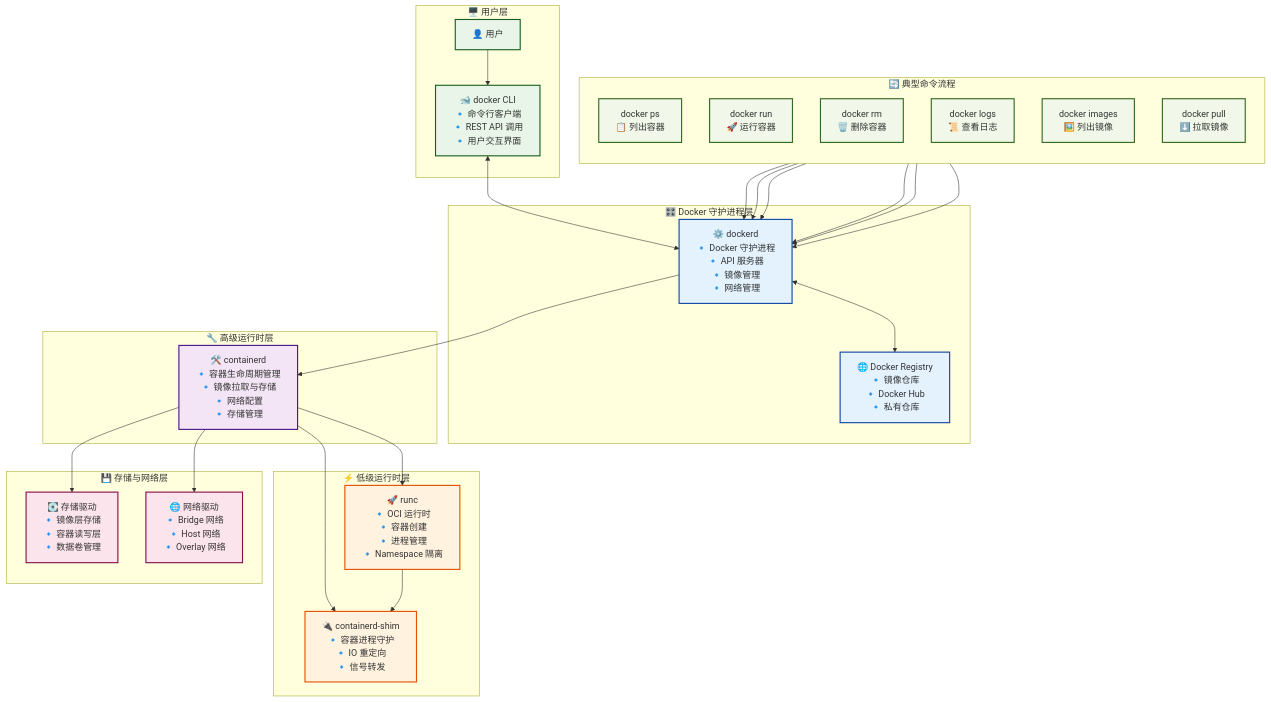
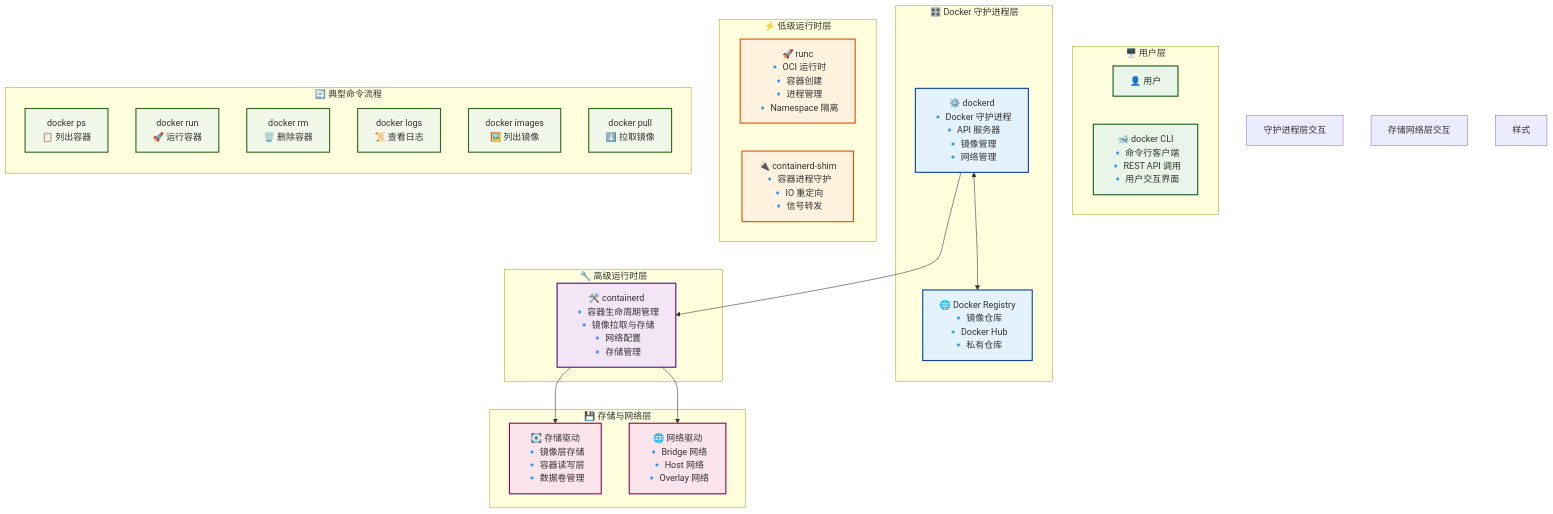
The first of 2 diagrams in _notes/Sources/AIGC/docker 命令执行流程图.md (January2003/dg), drawn with Mermaid before and after one commit. The commit also changed other lines of this file and 794 other files, not shown here.

````diff
--- a/_notes/Sources/AIGC/docker 命令执行流程图.md
+++ b/_notes/Sources/AIGC/docker 命令执行流程图.md
@@ -32,76 +29,59 @@
 ```mermaid
 graph TB
     subgraph "🖥️ 用户层"
         U[👤 用户]
         docker[🐋 docker CLI<br/>🔹 命令行客户端<br/>🔹 REST API 调用<br/>🔹 用户交互界面]
     end
     
     subgraph "🎛️ Docker 守护进程层"
         dockerd[⚙️ dockerd<br/>🔹 Docker 守护进程<br/>🔹 API 服务器<br/>🔹 镜像管理<br/>🔹 网络管理]
         registry[🌐 Docker Registry<br/>🔹 镜像仓库<br/>🔹 Docker Hub<br/>🔹 私有仓库]
     end
     
     subgraph "🔧 高级运行时层"
         containerd[🛠️ containerd<br/>🔹 容器生命周期管理<br/>🔹 镜像拉取与存储<br/>🔹 网络配置<br/>🔹 存储管理]
     end
     
     subgraph "⚡ 低级运行时层"
         runc[🚀 runc<br/>🔹 OCI 运行时<br/>🔹 容器创建<br/>🔹 进程管理<br/>🔹 Namespace 隔离]
         shim[🔌 containerd-shim<br/>🔹 容器进程守护<br/>🔹 IO 重定向<br/>🔹 信号转发]
     end
     
     subgraph "💾 存储与网络层"
         storage[💽 存储驱动<br/>🔹 镜像层存储<br/>🔹 容器读写层<br/>🔹 数据卷管理]
         network[🌐 网络驱动<br/>🔹 Bridge 网络<br/>🔹 Host 网络<br/>🔹 Overlay 网络]
     end
     
     subgraph "🔄 典型命令流程"
         direction TB
         PS["docker ps<br/>📋 列出容器"]
         RUN["docker run<br/>🚀 运行容器"]
         RM["docker rm<br/>🗑️ 删除容器"]
         LOGS["docker logs<br/>📜 查看日志"]
         IMAGES["docker images<br/>🖼️ 列出镜像"]
         PULL["docker pull<br/>⬇️ 拉取镜像"]
     end
     
-    %% 用户交互
-    U --> docker
-    docker <--> dockerd
-    
-    %% 守护进程层交互
+     守护进程层交互
     dockerd <--> registry
     dockerd --> containerd
     
-    %% 运行时层交互
-    containerd --> runc
-    containerd --> shim
-    runc --> shim
-    
-    %% 存储网络层交互
+     存储网络层交互
     containerd --> storage
     containerd --> network
     
-    %% 命令流程
-    PS --> dockerd
-    RUN --> dockerd
-    RM --> dockerd
-    LOGS --> dockerd
-    IMAGES --> dockerd
-    PULL --> dockerd
-    
-    %% 样式
+     样式
     classDef userLayer fill:#e8f5e8,stroke:#1b5e20,stroke-width:2px
     classDef daemonLayer fill:#e3f2fd,stroke:#0d47a1,stroke-width:2px
     classDef highRuntime fill:#f3e5f5,stroke:#4a148c,stroke-width:2px
     classDef lowRuntime fill:#fff3e0,stroke:#e65100,stroke-width:2px
     classDef infrastructure fill:#fce4ec,stroke:#880e4f,stroke-width:2px
     classDef commandFlow fill:#f1f8e9,stroke:#33691e,stroke-width:2px
     
     class U,docker userLayer
     class dockerd,registry daemonLayer
     class containerd highRuntime
     class runc,shim lowRuntime
     class storage,network infrastructure
     class PS,RUN,RM,LOGS,IMAGES,PULL commandFlow
 ```
````
